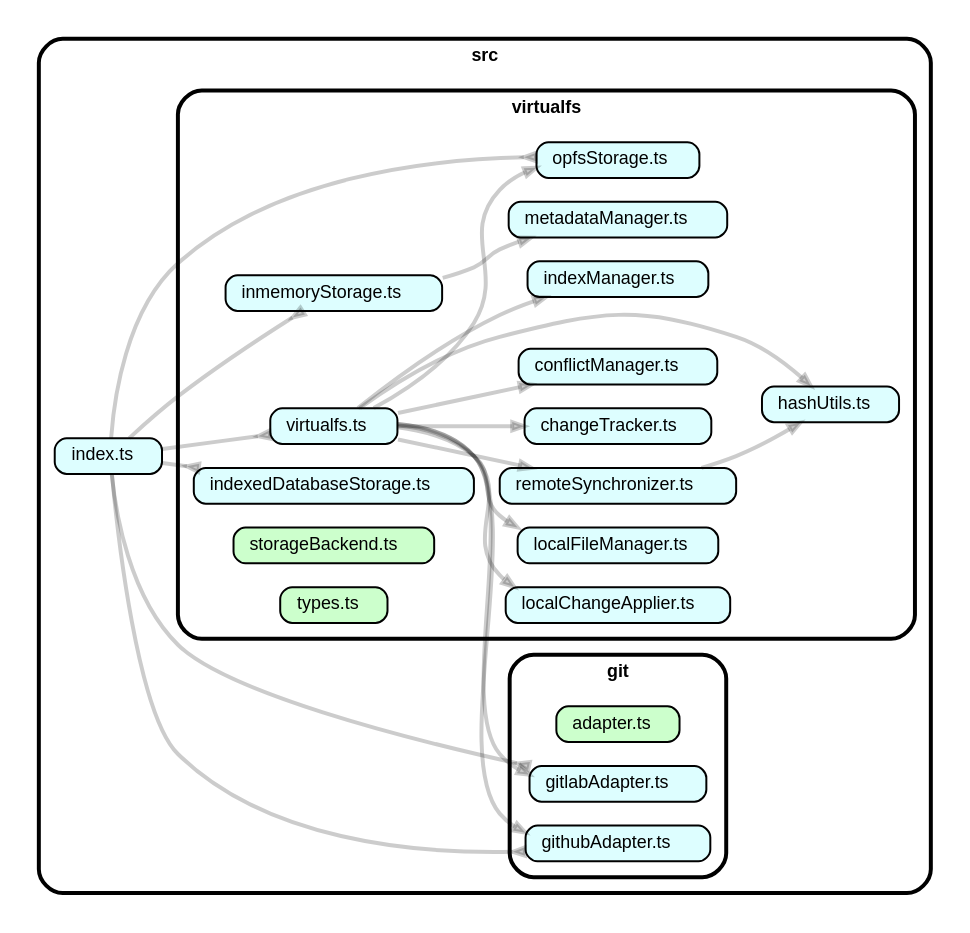
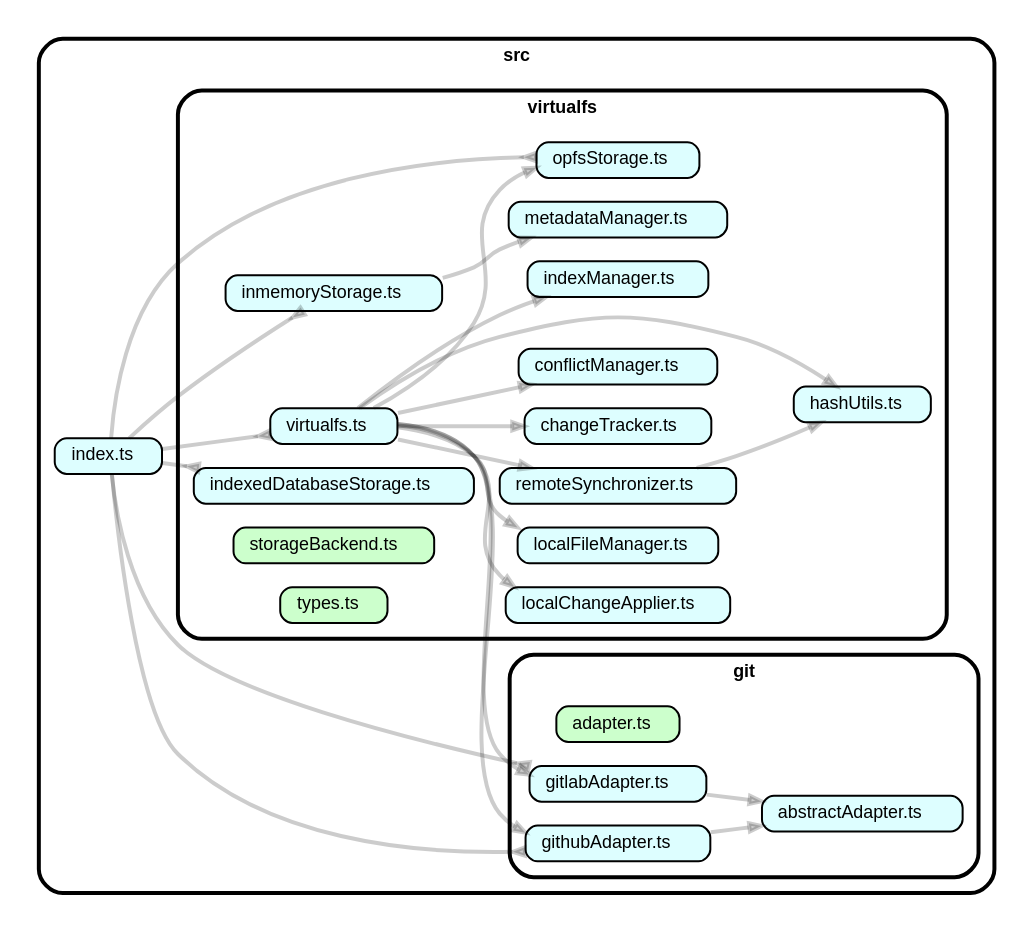
One commit to nojaja/browser-git-ops changed the diagram in docs/dependency-cruiser.dot. Above: the diagram before and after it, drawn with Graphviz. The commit also changed 48 other files, not shown here.

First line of the commit message:
docs: README を最新化しアーキテクチャ図を追加

```diff
--- a/docs/dependency-cruiser.dot
+++ b/docs/dependency-cruiser.dot
@@ -1,42 +1,45 @@
 strict digraph "dependency-cruiser output"{
     rankdir="LR" splines="true" overlap="false" nodesep="0.16" ranksep="0.18" fontname="Helvetica-bold" fontsize="9" style="rounded,bold,filled" fillcolor="#ffffff" compound="true"
     node [shape="box" style="rounded, filled" height="0.2" color="black" fillcolor="#ffffcc" fontcolor="black" fontname="Helvetica" fontsize="9"]
     edge [arrowhead="normal" arrowsize="0.6" penwidth="2.0" color="#00000033" fontname="Helvetica" fontsize="9"]
 
+    subgraph "cluster_src" {label="src" subgraph "cluster_src/git" {label="git" "src/git/abstractAdapter.ts" [label=<abstractAdapter.ts> tooltip="abstractAdapter.ts" URL="src/git/abstractAdapter.ts" fillcolor="#ddfeff"] } }
     subgraph "cluster_src" {label="src" subgraph "cluster_src/git" {label="git" "src/git/adapter.ts" [label=<adapter.ts> tooltip="adapter.ts" URL="src/git/adapter.ts" fillcolor="#ccffcc"] } }
     subgraph "cluster_src" {label="src" subgraph "cluster_src/git" {label="git" "src/git/githubAdapter.ts" [label=<githubAdapter.ts> tooltip="githubAdapter.ts" URL="src/git/githubAdapter.ts" fillcolor="#ddfeff"] } }
+    "src/git/githubAdapter.ts" -> "src/git/abstractAdapter.ts"
     subgraph "cluster_src" {label="src" subgraph "cluster_src/git" {label="git" "src/git/gitlabAdapter.ts" [label=<gitlabAdapter.ts> tooltip="gitlabAdapter.ts" URL="src/git/gitlabAdapter.ts" fillcolor="#ddfeff"] } }
+    "src/git/gitlabAdapter.ts" -> "src/git/abstractAdapter.ts"
     subgraph "cluster_src" {label="src" "src/index.ts" [label=<index.ts> tooltip="index.ts" URL="src/index.ts" fillcolor="#ddfeff"] }
     "src/index.ts" -> "src/git/githubAdapter.ts" [arrowhead="inv"]
     "src/index.ts" -> "src/git/gitlabAdapter.ts" [arrowhead="inv"]
     "src/index.ts" -> "src/virtualfs/indexedDatabaseStorage.ts" [arrowhead="inv"]
     "src/index.ts" -> "src/virtualfs/inmemoryStorage.ts" [arrowhead="inv"]
     "src/index.ts" -> "src/virtualfs/opfsStorage.ts" [arrowhead="inv"]
     "src/index.ts" -> "src/virtualfs/virtualfs.ts" [arrowhead="inv"]
     subgraph "cluster_src" {label="src" subgraph "cluster_src/virtualfs" {label="virtualfs" "src/virtualfs/changeTracker.ts" [label=<changeTracker.ts> tooltip="changeTracker.ts" URL="src/virtualfs/changeTracker.ts" fillcolor="#ddfeff"] } }
     subgraph "cluster_src" {label="src" subgraph "cluster_src/virtualfs" {label="virtualfs" "src/virtualfs/conflictManager.ts" [label=<conflictManager.ts> tooltip="conflictManager.ts" URL="src/virtualfs/conflictManager.ts" fillcolor="#ddfeff"] } }
     subgraph "cluster_src" {label="src" subgraph "cluster_src/virtualfs" {label="virtualfs" "src/virtualfs/hashUtils.ts" [label=<hashUtils.ts> tooltip="hashUtils.ts" URL="src/virtualfs/hashUtils.ts" fillcolor="#ddfeff"] } }
     subgraph "cluster_src" {label="src" subgraph "cluster_src/virtualfs" {label="virtualfs" "src/virtualfs/indexManager.ts" [label=<indexManager.ts> tooltip="indexManager.ts" URL="src/virtualfs/indexManager.ts" fillcolor="#ddfeff"] } }
     subgraph "cluster_src" {label="src" subgraph "cluster_src/virtualfs" {label="virtualfs" "src/virtualfs/indexedDatabaseStorage.ts" [label=<indexedDatabaseStorage.ts> tooltip="indexedDatabaseStorage.ts" URL="src/virtualfs/indexedDatabaseStorage.ts" fillcolor="#ddfeff"] } }
     subgraph "cluster_src" {label="src" subgraph "cluster_src/virtualfs" {label="virtualfs" "src/virtualfs/inmemoryStorage.ts" [label=<inmemoryStorage.ts> tooltip="inmemoryStorage.ts" URL="src/virtualfs/inmemoryStorage.ts" fillcolor="#ddfeff"] } }
     "src/virtualfs/inmemoryStorage.ts" -> "src/virtualfs/metadataManager.ts"
     subgraph "cluster_src" {label="src" subgraph "cluster_src/virtualfs" {label="virtualfs" "src/virtualfs/localChangeApplier.ts" [label=<localChangeApplier.ts> tooltip="localChangeApplier.ts" URL="src/virtualfs/localChangeApplier.ts" fillcolor="#ddfeff"] } }
     subgraph "cluster_src" {label="src" subgraph "cluster_src/virtualfs" {label="virtualfs" "src/virtualfs/localFileManager.ts" [label=<localFileManager.ts> tooltip="localFileManager.ts" URL="src/virtualfs/localFileManager.ts" fillcolor="#ddfeff"] } }
     subgraph "cluster_src" {label="src" subgraph "cluster_src/virtualfs" {label="virtualfs" "src/virtualfs/metadataManager.ts" [label=<metadataManager.ts> tooltip="metadataManager.ts" URL="src/virtualfs/metadataManager.ts" fillcolor="#ddfeff"] } }
     subgraph "cluster_src" {label="src" subgraph "cluster_src/virtualfs" {label="virtualfs" "src/virtualfs/opfsStorage.ts" [label=<opfsStorage.ts> tooltip="opfsStorage.ts" URL="src/virtualfs/opfsStorage.ts" fillcolor="#ddfeff"] } }
     subgraph "cluster_src" {label="src" subgraph "cluster_src/virtualfs" {label="virtualfs" "src/virtualfs/remoteSynchronizer.ts" [label=<remoteSynchronizer.ts> tooltip="remoteSynchronizer.ts" URL="src/virtualfs/remoteSynchronizer.ts" fillcolor="#ddfeff"] } }
     "src/virtualfs/remoteSynchronizer.ts" -> "src/virtualfs/hashUtils.ts"
     subgraph "cluster_src" {label="src" subgraph "cluster_src/virtualfs" {label="virtualfs" "src/virtualfs/storageBackend.ts" [label=<storageBackend.ts> tooltip="storageBackend.ts" URL="src/virtualfs/storageBackend.ts" fillcolor="#ccffcc"] } }
     subgraph "cluster_src" {label="src" subgraph "cluster_src/virtualfs" {label="virtualfs" "src/virtualfs/types.ts" [label=<types.ts> tooltip="types.ts" URL="src/virtualfs/types.ts" fillcolor="#ccffcc"] } }
     subgraph "cluster_src" {label="src" subgraph "cluster_src/virtualfs" {label="virtualfs" "src/virtualfs/virtualfs.ts" [label=<virtualfs.ts> tooltip="virtualfs.ts" URL="src/virtualfs/virtualfs.ts" fillcolor="#ddfeff"] } }
     "src/virtualfs/virtualfs.ts" -> "src/git/githubAdapter.ts"
     "src/virtualfs/virtualfs.ts" -> "src/git/gitlabAdapter.ts"
     "src/virtualfs/virtualfs.ts" -> "src/virtualfs/changeTracker.ts"
     "src/virtualfs/virtualfs.ts" -> "src/virtualfs/conflictManager.ts"
     "src/virtualfs/virtualfs.ts" -> "src/virtualfs/hashUtils.ts"
     "src/virtualfs/virtualfs.ts" -> "src/virtualfs/indexManager.ts"
     "src/virtualfs/virtualfs.ts" -> "src/virtualfs/localChangeApplier.ts"
     "src/virtualfs/virtualfs.ts" -> "src/virtualfs/localFileManager.ts"
     "src/virtualfs/virtualfs.ts" -> "src/virtualfs/opfsStorage.ts"
     "src/virtualfs/virtualfs.ts" -> "src/virtualfs/remoteSynchronizer.ts"
 }
```
